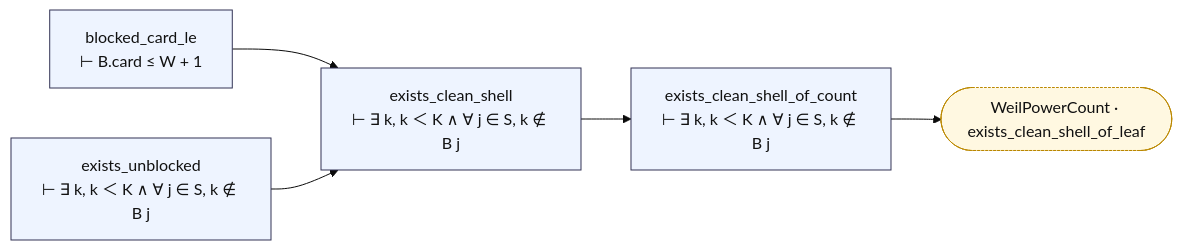
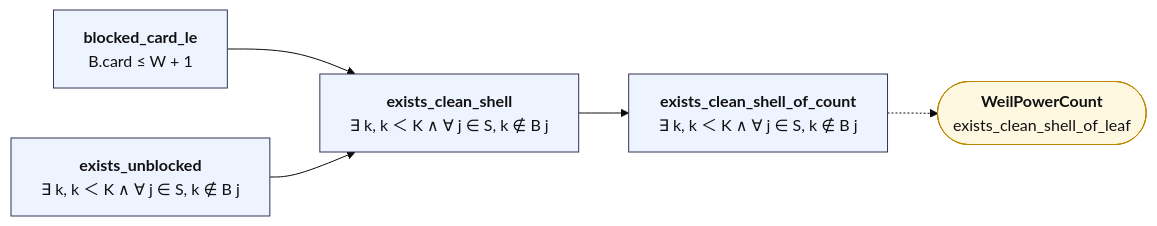
One commit to juliansambranojr/Primebeat_081426 changed the diagram in map/lean_stage3/WeilPowerClean.md. Above: the diagram before and after it, drawn with Mermaid (base theme). The commit also changed other lines of this file and 387 other files, not shown here.

````diff
--- a/map/lean_stage3/WeilPowerClean.md
+++ b/map/lean_stage3/WeilPowerClean.md
@@ -8,18 +12,17 @@
 ```mermaid
 flowchart LR
-  n0["blocked_card_le<br/>⊢ B.card ≤ W + 1"]:::thm
-  n1["exists_unblocked<br/>⊢ ∃ k, k ＜ K ∧ ∀ j ∈ S, k ∉ B j"]:::thm
-  n2["exists_clean_shell<br/>⊢ ∃ k, k ＜ K ∧ ∀ j ∈ S, k ∉ B j"]:::thm
-  n3["exists_clean_shell_of_count<br/>⊢ ∃ k, k ＜ K ∧ ∀ j ∈ S, k ∉ B j"]:::thm
-  x0(["WeilPowerCount · exists_clean_shell_of_leaf"]):::ext
+  n0["<b>blocked_card_le</b><br/>B.card ≤ W + 1"]:::thm
+  n1["<b>exists_unblocked</b><br/>∃ k, k ＜ K ∧ ∀ j ∈ S, k ∉ B j"]:::thm
+  n2["<b>exists_clean_shell</b><br/>∃ k, k ＜ K ∧ ∀ j ∈ S, k ∉ B j"]:::thm
+  n3["<b>exists_clean_shell_of_count</b><br/>∃ k, k ＜ K ∧ ∀ j ∈ S, k ∉ B j"]:::thm
+  x0(["<b>WeilPowerCount</b><br/>exists_clean_shell_of_leaf"]):::ext
   n0 --> n2
   n1 --> n2
   n2 --> n3
-  n3 --> x0
+  n3 -.-> x0
   classDef thm fill:#eef4ff,stroke:#335,color:#111
-  classDef dfn fill:#f2f2f2,stroke:#777,color:#111
   classDef end_ fill:#e7f7e7,stroke:#2a7,color:#111,stroke-width:2px
   classDef lone fill:#fff,stroke:#999,color:#111,stroke-dasharray:4 3
   classDef bad fill:#ffe5e5,stroke:#c22,color:#111,stroke-width:2px
-  classDef ext fill:#fff8e1,stroke:#b80,color:#111,stroke-dasharray:2 2
+  classDef ext fill:#fff8e1,stroke:#b80,color:#111
 ```
````
